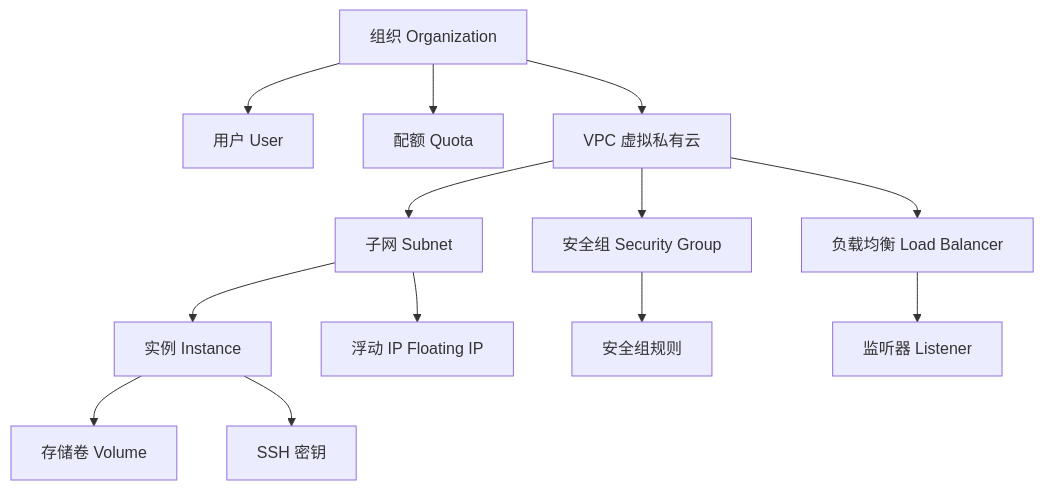
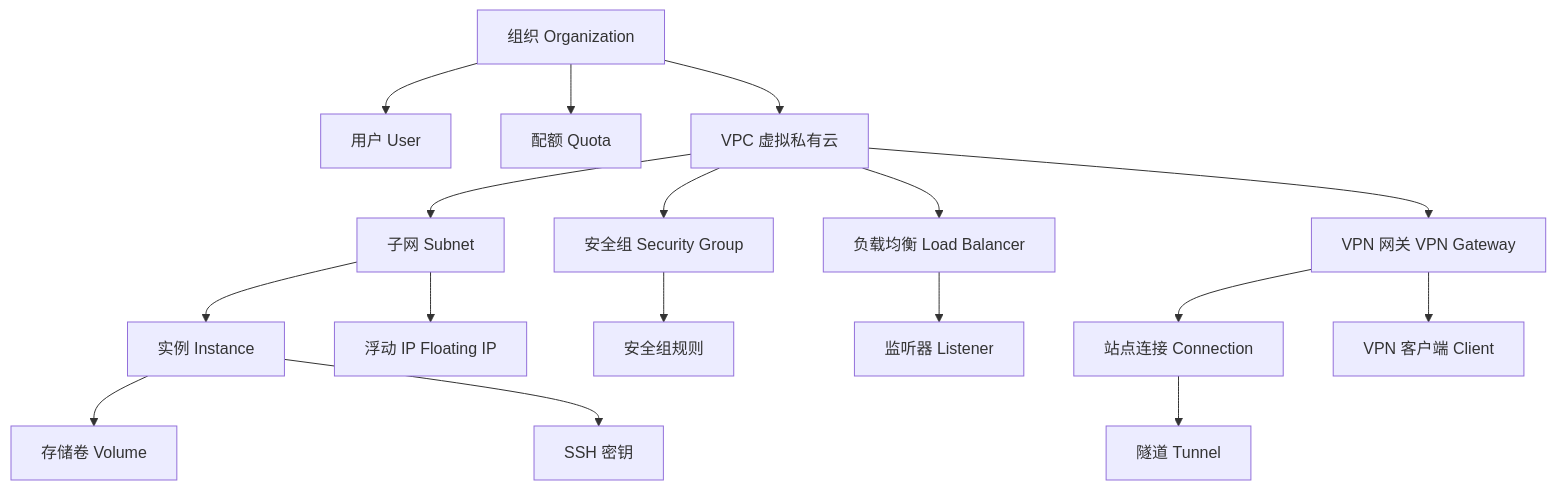
Before and after one commit to threen134/cloudland: the first of 2 diagrams in docs/guide/concepts.md, drawn with Mermaid. The commit also changed 10 other files, not shown here.

````diff
--- a/docs/guide/concepts.md
+++ b/docs/guide/concepts.md
@@ -7,15 +7,19 @@
 ```mermaid
 graph TD
     ORG[组织 Organization] --> USER[用户 User]
     ORG --> QUOTA[配额 Quota]
     ORG --> VPC[VPC 虚拟私有云]
     VPC --> SUBNET[子网 Subnet]
     VPC --> SG[安全组 Security Group]
     VPC --> LB[负载均衡 Load Balancer]
+    VPC --> VPN[VPN 网关 VPN Gateway]
     SUBNET --> INST[实例 Instance]
     SUBNET --> FIP[浮动 IP Floating IP]
     INST --> VOL[存储卷 Volume]
     INST --> KEY[SSH 密钥]
     SG --> RULE[安全组规则]
     LB --> LISTENER[监听器 Listener]
+    VPN --> CONN[站点连接 Connection]
+    VPN --> CLIENT[VPN 客户端 Client]
+    CONN --> TUNNEL[隧道 Tunnel]
 ```
````
